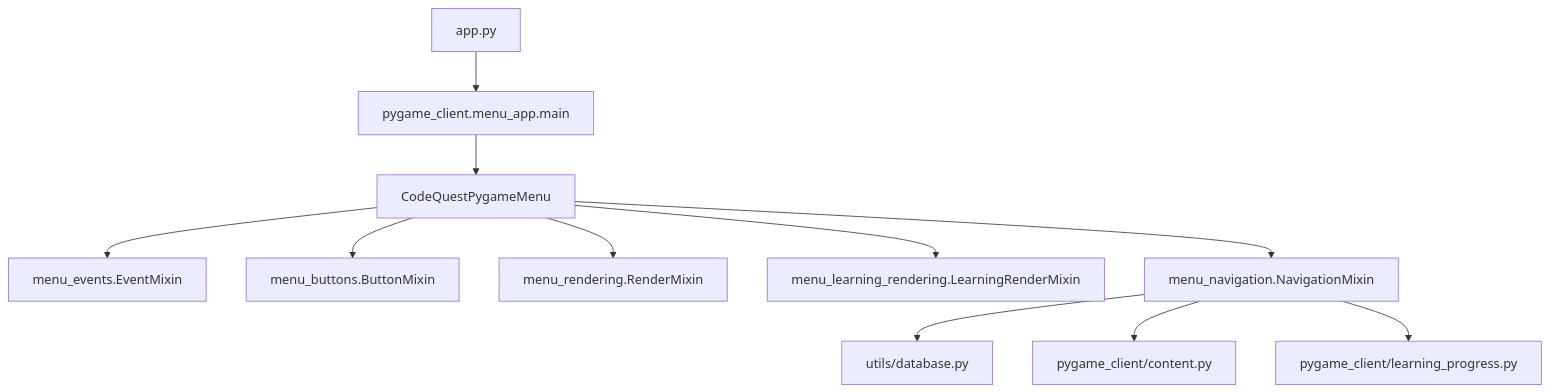
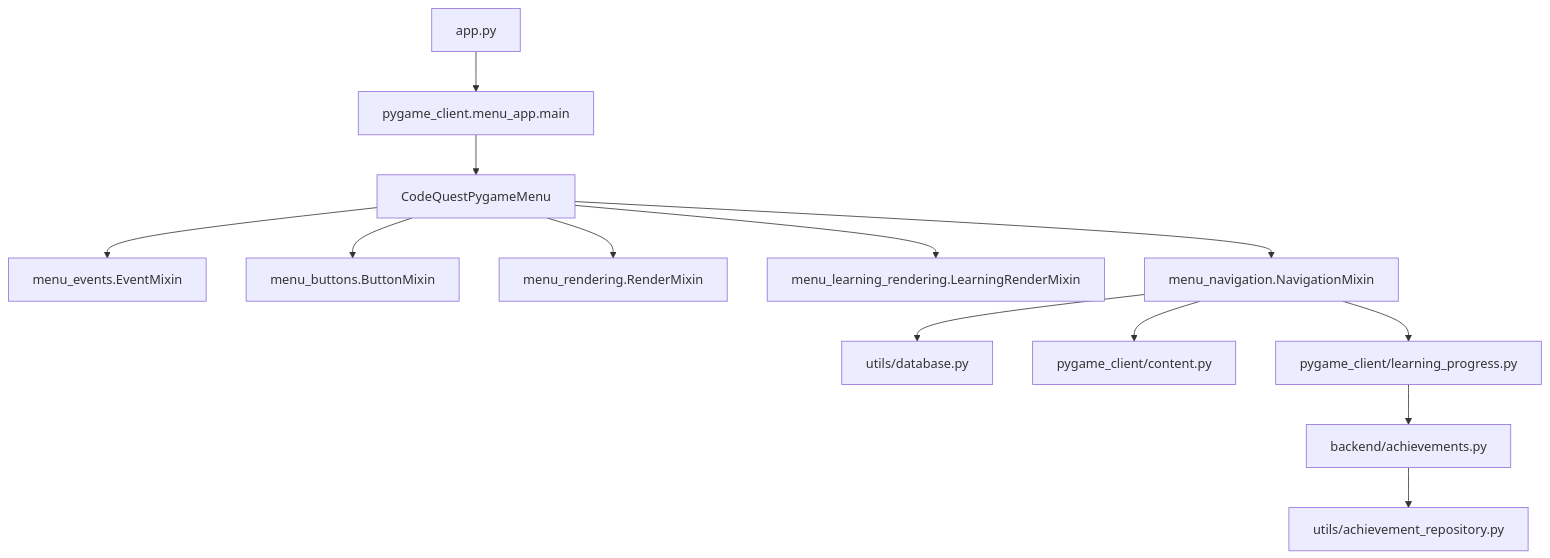
The diagram in docs/arquitetura.md (netojoseluizferreira-sys/CodeQuest), drawn with Mermaid before and after one commit. The commit also changed other lines of this file and 15 other files, not shown here.

````diff
--- a/docs/arquitetura.md
+++ b/docs/arquitetura.md
@@ -9,13 +9,15 @@
 ```mermaid
 flowchart TD
     A["app.py"] --> B["pygame_client.menu_app.main"]
     B --> C["CodeQuestPygameMenu"]
     C --> D["menu_events.EventMixin"]
     C --> E["menu_buttons.ButtonMixin"]
     C --> F["menu_rendering.RenderMixin"]
     C --> G["menu_learning_rendering.LearningRenderMixin"]
     C --> H["menu_navigation.NavigationMixin"]
     H --> I["utils/database.py"]
     H --> J["pygame_client/content.py"]
     H --> K["pygame_client/learning_progress.py"]
+    K --> L["backend/achievements.py"]
+    L --> M["utils/achievement_repository.py"]
 ```
````
